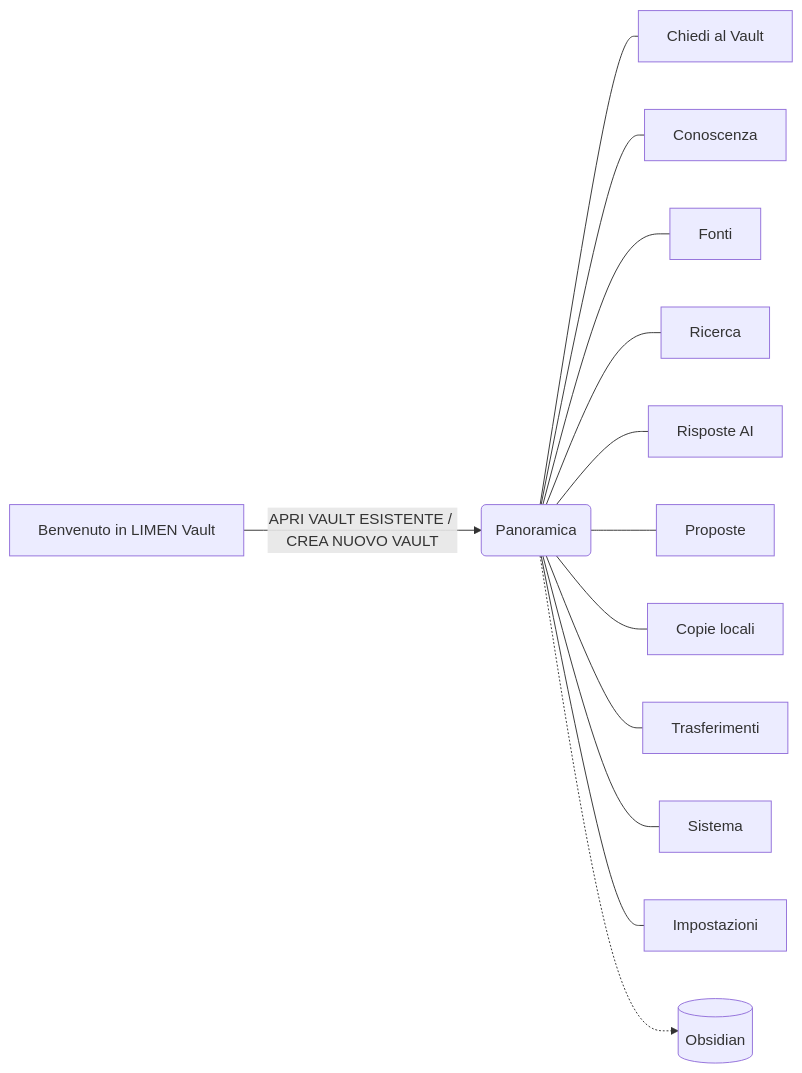
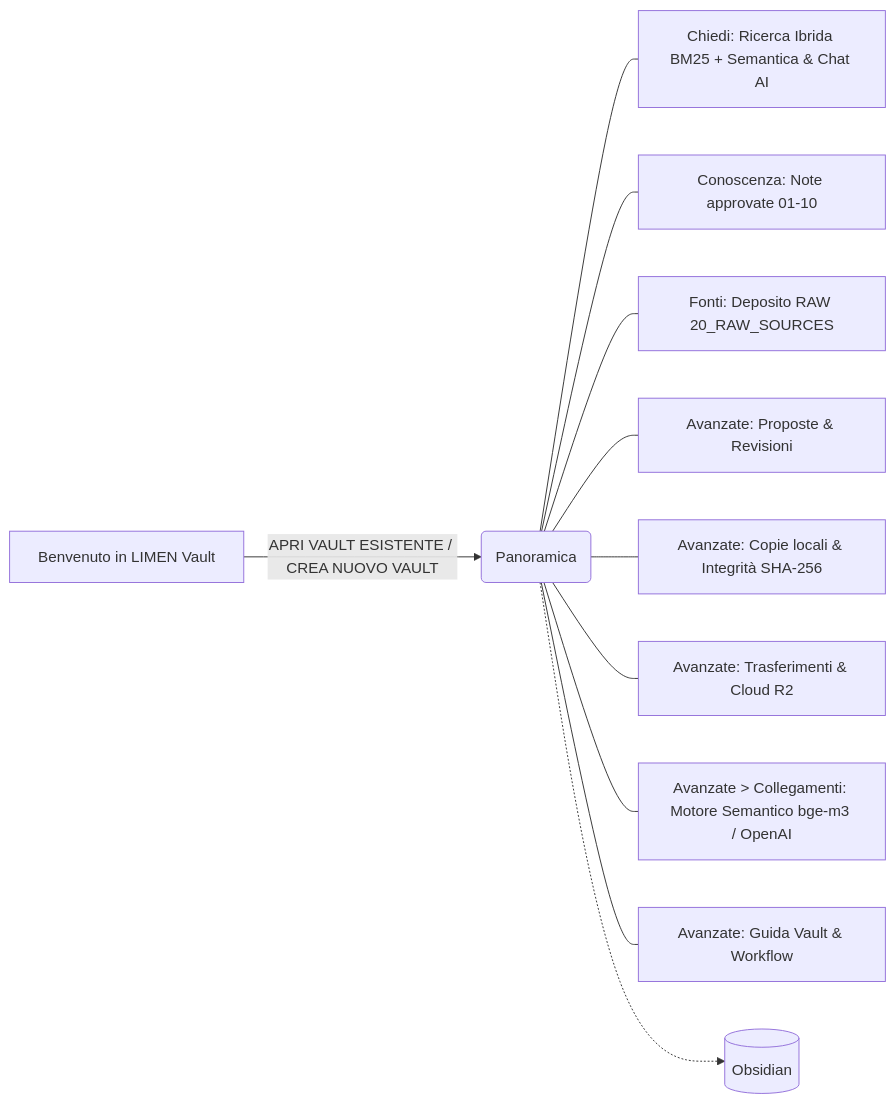
The diagram in HELP/00_INDICE.md (cesarenegro/vault_memai_obsi), drawn with Mermaid before and after one commit. The commit also changed other lines of this file and 7 other files, not shown here.

Commit message:
docs(help): aggiornamento completo guida in-app e fascicoli HELP con RAG locale, BM25 e workflow W17-W20

````diff
--- a/HELP/00_INDICE.md
+++ b/HELP/00_INDICE.md
@@ -32,15 +32,13 @@
 ```mermaid
 flowchart LR
   A[Benvenuto in LIMEN Vault] -->|APRI VAULT ESISTENTE / CREA NUOVO VAULT| B(Panoramica)
-  B --- C[Chiedi al Vault]
-  B --- D[Conoscenza]
-  B --- E[Fonti]
-  B --- F[Ricerca]
-  B --- G[Risposte AI]
-  B --- H[Proposte]
-  B --- I[Copie locali]
-  B --- J[Trasferimenti]
-  B --- K[Sistema]
-  B --- L[Impostazioni]
+  B --- C[Chiedi: Ricerca Ibrida BM25 + Semantica & Chat AI]
+  B --- D[Conoscenza: Note approvate 01-10]
+  B --- E[Fonti: Deposito RAW 20_RAW_SOURCES]
+  B --- F[Avanzate: Proposte & Revisioni]
+  B --- G[Avanzate: Copie locali & Integrità SHA-256]
+  B --- H[Avanzate: Trasferimenti & Cloud R2]
+  B --- I[Avanzate > Collegamenti: Motore Semantico bge-m3 / OpenAI]
+  B --- J[Avanzate: Guida Vault & Workflow]
   B -.-> O[(Obsidian)]
 ```
````
